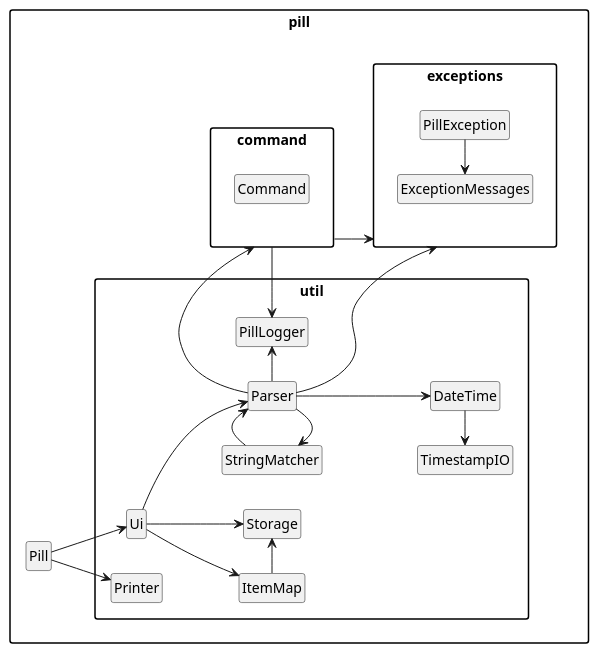
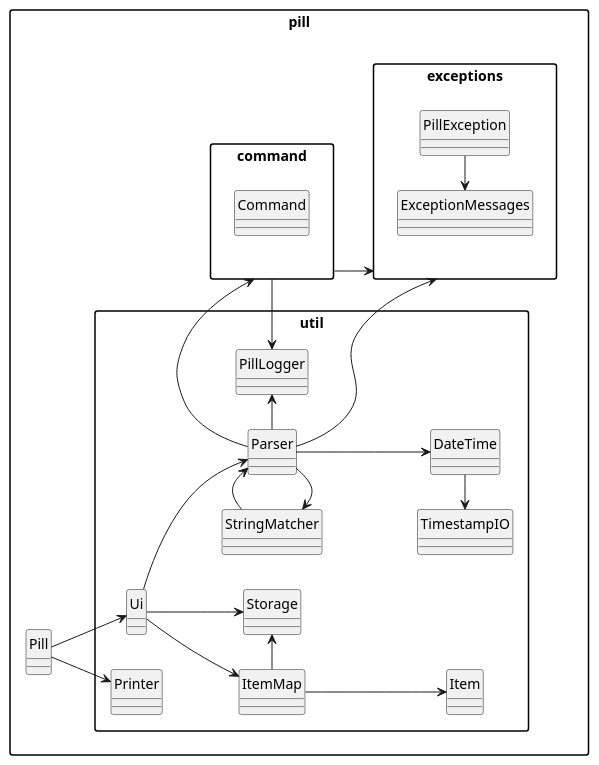
Before and after one commit to yijiano/tp: the diagram in docs/diagrams/High-Level-Overview.puml, drawn with PlantUML. The commit also changed 1 other file, not shown here.

```diff
--- a/docs/diagrams/High-Level-Overview.puml
+++ b/docs/diagrams/High-Level-Overview.puml
@@ -2,60 +2,62 @@
 @startuml
 
 hide circle
-hide empty members
 skinparam packageStyle rectangle
 
 left to right direction
 
 package "pill" {
     class Pill
 
     package "util" {
         class Ui
         class Parser
         class StringMatcher
         class Printer
         class Storage
         class ItemMap
+        class Item
         class DateTime
         class PillLogger
         class TimestampIO
     }
 
     package exceptions {
         class PillException
         class ExceptionMessages
     }
     package command {
         class Command
     }
 
 
 
     Pill --> Ui
     Pill --> Printer
 
+
     Ui --> Parser
     Ui --> ItemMap
     Ui --> Storage
+    ItemMap --> Item
 
 
     Parser --> command
     Parser -up> StringMatcher
     Parser --> DateTime
     DateTime -up> TimestampIO
     StringMatcher -> Parser
     Parser -> PillLogger
     command --> exceptions
     command -> PillLogger
     Parser --> exceptions
 
     ItemMap -> Storage
 
     PillException -left> ExceptionMessages
 
 }
 
 
 
 @enduml
```
